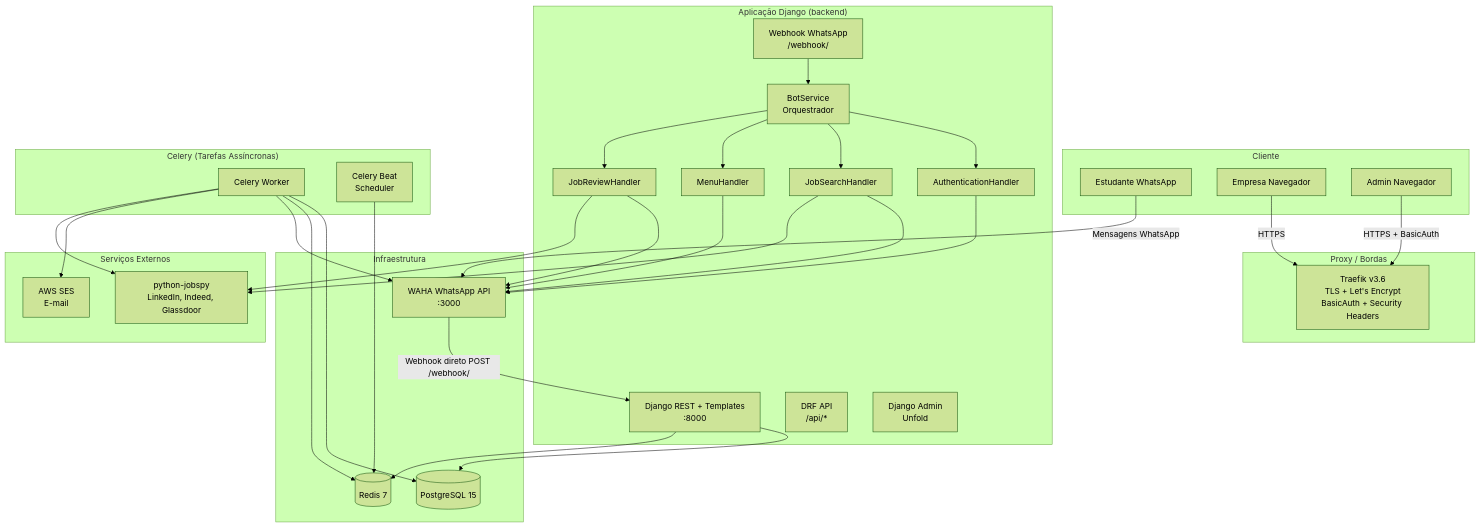
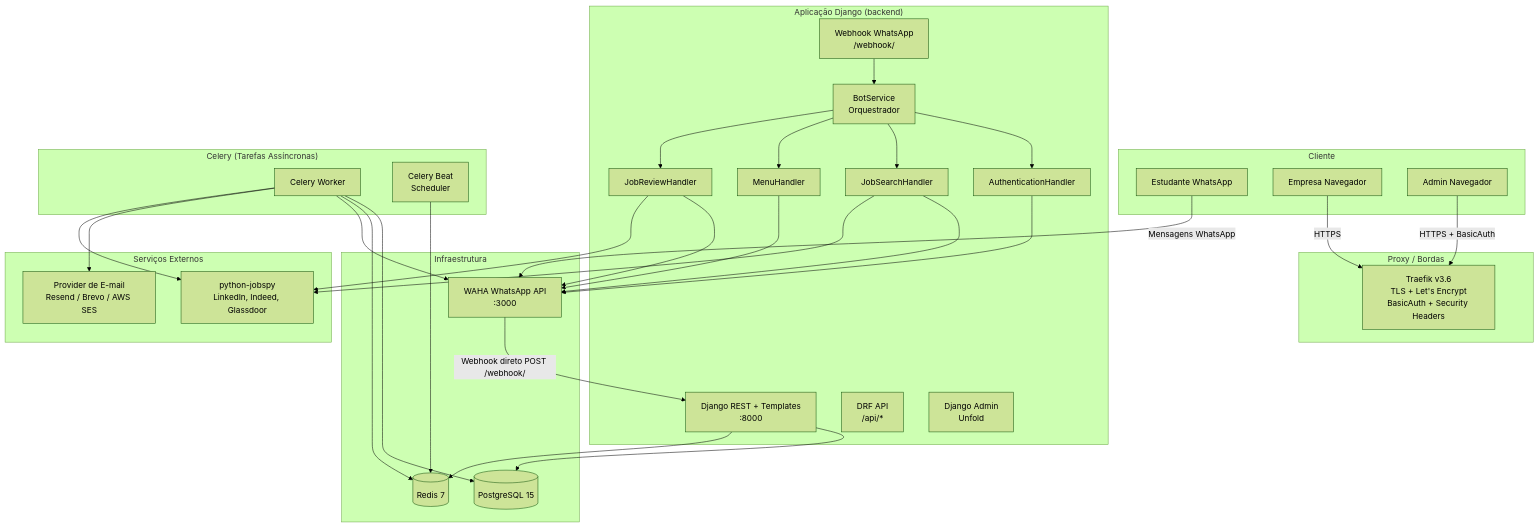
Before and after one commit to ErickBonruque/iterbot: the diagram in docs/architecture/OVERVIEW.md, drawn with Mermaid (forest theme). The commit also changed other lines of this file and 15 other files, not shown here.

````diff
--- a/docs/architecture/OVERVIEW.md
+++ b/docs/architecture/OVERVIEW.md
@@ -11,67 +11,67 @@
 ```mermaid
 graph TB
     subgraph "Cliente"
         STUDENT[Estudante WhatsApp]
         COMPANY[Empresa Navegador]
         ADMIN[Admin Navegador]
     end
 
     subgraph "Proxy / Bordas"
         TRAEFIK[Traefik v3.6<br/>TLS + Let's Encrypt<br/>BasicAuth + Security Headers]
     end
 
     subgraph "Aplicação Django (backend)"
         WEB[Django REST + Templates<br/>:8000]
         API[DRF API<br/>/api/*]
         ADMIN_DJANGO[Django Admin<br/>Unfold]
         WEBHOOK[Webhook WhatsApp<br/>/webhook/]
         BOT_SVC[BotService<br/>Orquestrador]
         AUTH_HNDLR[AuthenticationHandler]
         JOB_HNDLR[JobSearchHandler]
         MENU_HNDLR[MenuHandler]
         REVIEW_HNDLR[JobReviewHandler]
     end
 
     subgraph "Celery (Tarefas Assíncronas)"
         WORKER[Celery Worker]
         BEAT[Celery Beat<br/>Scheduler]
     end
 
     subgraph "Infraestrutura"
         WAHA[WAHA WhatsApp API<br/>:3000]
         DB[(PostgreSQL 15)]
         REDIS[(Redis 7)]
     end
 
     subgraph "Serviços Externos"
         JOBSAPI[python-jobspy<br/>LinkedIn, Indeed, Glassdoor]
-        SES[AWS SES<br/>E-mail]
+        EMAIL[Provider de E-mail<br/>Resend / Brevo / AWS SES]
     end
 
     STUDENT -->|Mensagens WhatsApp| WAHA
     WAHA -->|Webhook direto POST /webhook/| WEB
     COMPANY -->|HTTPS| TRAEFIK
     ADMIN -->|HTTPS + BasicAuth| TRAEFIK
 
     WEBHOOK --> BOT_SVC
     BOT_SVC --> AUTH_HNDLR
     BOT_SVC --> JOB_HNDLR
     BOT_SVC --> MENU_HNDLR
     BOT_SVC --> REVIEW_HNDLR
 
     AUTH_HNDLR --> WAHA
     JOB_HNDLR --> WAHA
     MENU_HNDLR --> WAHA
     REVIEW_HNDLR --> WAHA
     JOB_HNDLR --> JOBSAPI
     REVIEW_HNDLR --> JOBSAPI
 
     WEB --> DB
     WEB --> REDIS
     WORKER --> DB
     WORKER --> REDIS
     BEAT --> REDIS
     WORKER --> WAHA
-    WORKER --> SES
+    WORKER --> EMAIL
     WORKER --> JOBSAPI
 ```
````
